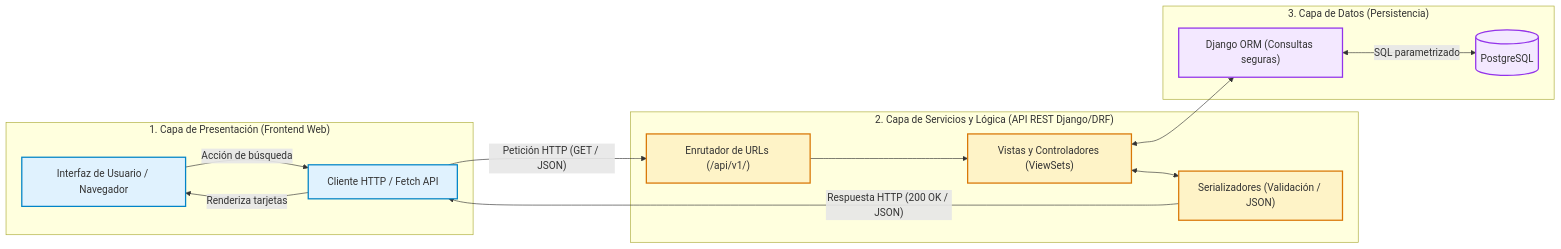
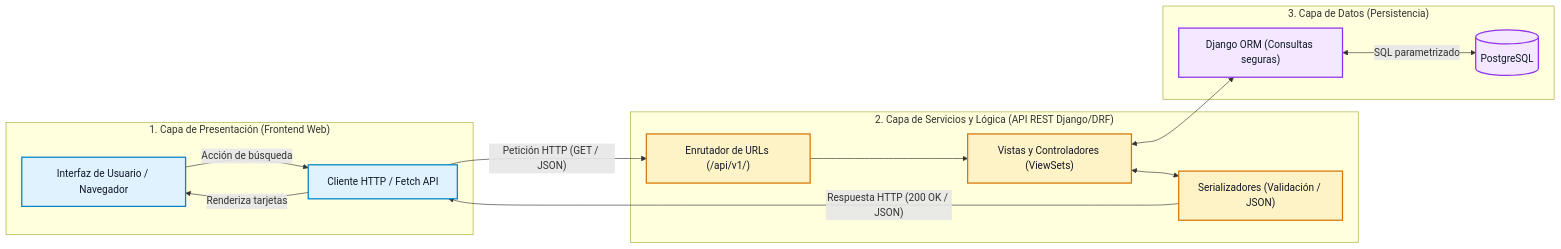
One commit to Darksam03/RuralConecta-ProyectoWeb changed the first of 2 diagrams in docs/api/especificacion-api.md. Above: the diagram before and after it, drawn with Mermaid. The commit also changed other lines of this file and 2 other files, not shown here.

Commit message:
Modifiqued font tipe

````diff
--- a/docs/api/especificacion-api.md
+++ b/docs/api/especificacion-api.md
@@ -34,35 +34,35 @@
 ```mermaid
 flowchart LR
     subgraph Frontend ["1. Capa de Presentación (Frontend Web)"]
         UI["Interfaz de Usuario / Navegador"]
         Fetch["Cliente HTTP / Fetch API"]
         UI -->|"Acción de búsqueda"| Fetch
     end
 
     subgraph API ["2. Capa de Servicios y Lógica (API REST Django/DRF)"]
         Router["Enrutador de URLs (/api/v1/)"]
         Views["Vistas y Controladores (ViewSets)"]
         Serializers["Serializadores (Validación / JSON)"]
         Router --> Views
         Views <--> Serializers
     end
 
     subgraph Persistencia ["3. Capa de Datos (Persistencia)"]
         ORM["Django ORM (Consultas seguras)"]
         DB[("PostgreSQL")]
         ORM <-->|"SQL parametrizado"| DB
     end
 
     Fetch -->|"Petición HTTP (GET / JSON)"| Router
     Views <--> ORM
     Serializers -->|"Respuesta HTTP (200 OK / JSON)"| Fetch
     Fetch -->|"Renderiza tarjetas"| UI
 
-    classDef client fill:#e0f2fe,stroke:#0284c7,stroke-width:2px;
-    classDef api fill:#fef3c7,stroke:#d97706,stroke-width:2px;
-    classDef db fill:#f3e8ff,stroke:#9333ea,stroke-width:2px;
+    classDef client fill:#e0f2fe,stroke:#0284c7,stroke-width:2px,color:#111827;
+    classDef api fill:#fef3c7,stroke:#d97706,stroke-width:2px,color:#111827;
+    classDef db fill:#f3e8ff,stroke:#9333ea,stroke-width:2px,color:#111827;
 
     class UI,Fetch client;
     class Router,Views,Serializers api;
     class ORM,DB db;
 ```
````
